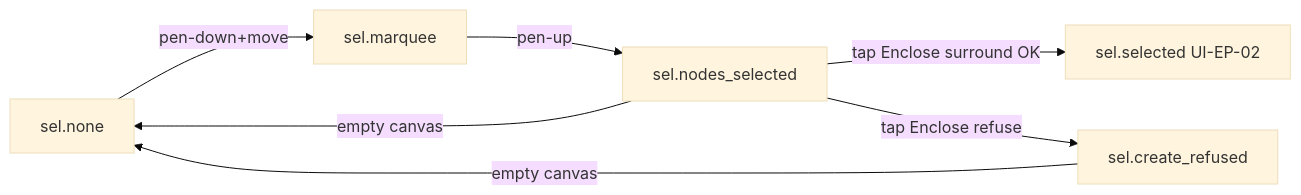
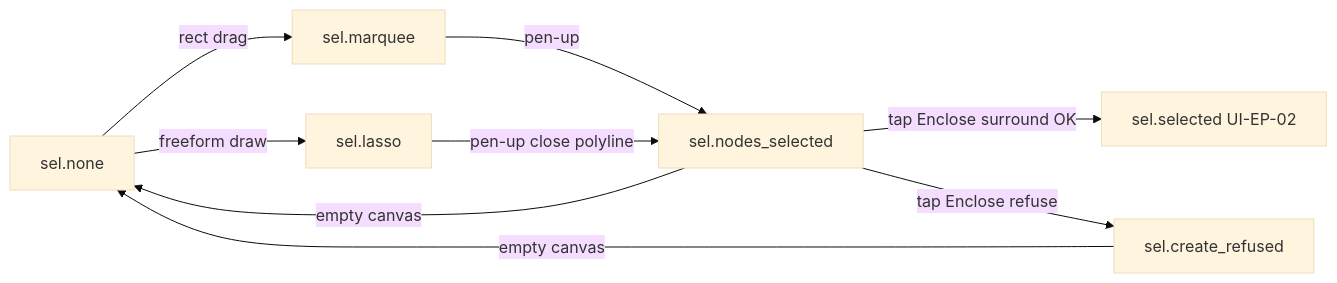
One commit to hoaidv/reawa changed the diagram in .plan/iter-003/design/selection-enclose-chrome/ui-spec.md. Above: the diagram before and after it, drawn with Mermaid (base theme). The commit also changed other lines of this file and 43 other files, not shown here.

````diff
--- a/.plan/iter-003/design/selection-enclose-chrome/ui-spec.md
+++ b/.plan/iter-003/design/selection-enclose-chrome/ui-spec.md
@@ -60,9 +63,11 @@
 ```mermaid
 flowchart LR
-  none[sel.none] -->|pen-down+move| marquee[sel.marquee]
+  none[sel.none] -->|rect drag| marquee[sel.marquee]
+  none -->|freeform draw| lasso[sel.lasso]
   marquee -->|pen-up| nodes[sel.nodes_selected]
+  lasso -->|pen-up close polyline| nodes
   nodes -->|tap Enclose surround OK| selected[sel.selected UI-EP-02]
   nodes -->|tap Enclose refuse| refused[sel.create_refused]
   refused -->|empty canvas| none
   nodes -->|empty canvas| none
 ```
````
